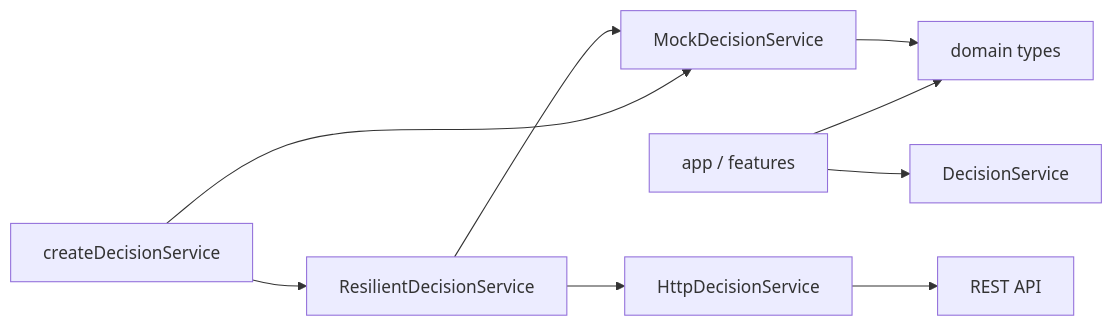
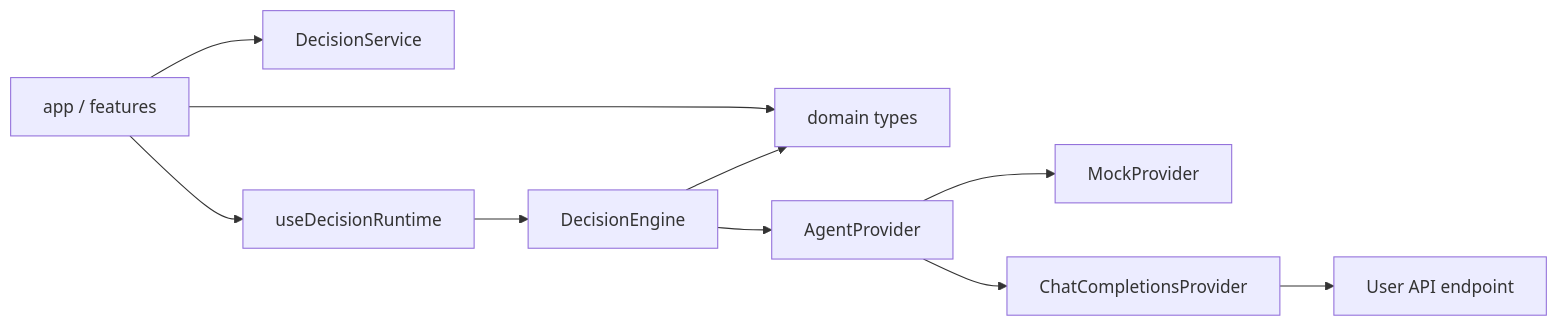
One commit to SEELE0/EVA-Magi-AI changed the diagram in docs/frontend-structure.md. Above: the diagram before and after it, drawn with Mermaid. The commit also changed other lines of this file and 41 other files, not shown here.

First line of the commit message:
Refactor decision-making components and introduce new agent configuration storage

````diff
--- a/docs/frontend-structure.md
+++ b/docs/frontend-structure.md
@@ -67,11 +67,12 @@
 ```mermaid
 flowchart LR
     App["app / features"] --> Domain["domain types"]
     App --> Contract["DecisionService"]
-    Factory["createDecisionService"] --> Mock["MockDecisionService"]
-    Factory --> Resilient["ResilientDecisionService"]
-    Resilient --> HTTP["HttpDecisionService"]
-    Resilient --> Mock
-    Mock --> Domain
-    HTTP --> API["REST API"]
+    App --> Runtime["useDecisionRuntime"]
+    Runtime --> Engine["DecisionEngine"]
+    Engine --> Providers["AgentProvider"]
+    Providers --> Mock["MockProvider"]
+    Providers --> Chat["ChatCompletionsProvider"]
+    Chat --> API["User API endpoint"]
+    Engine --> Domain
 ```
````
